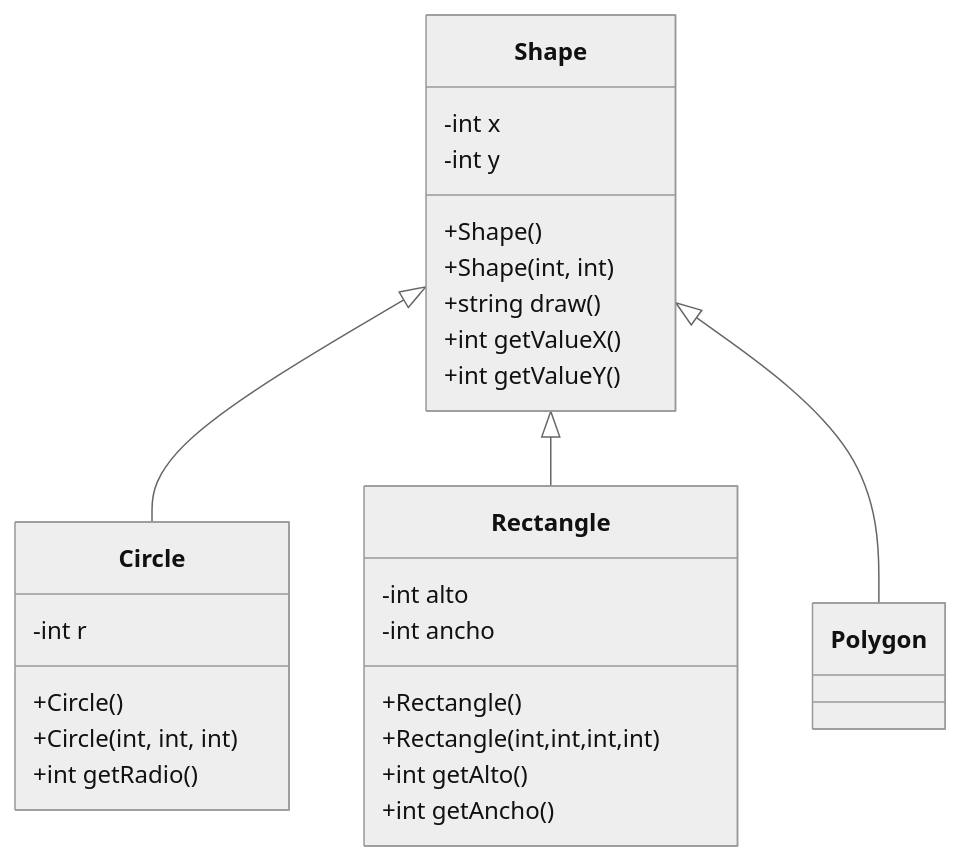
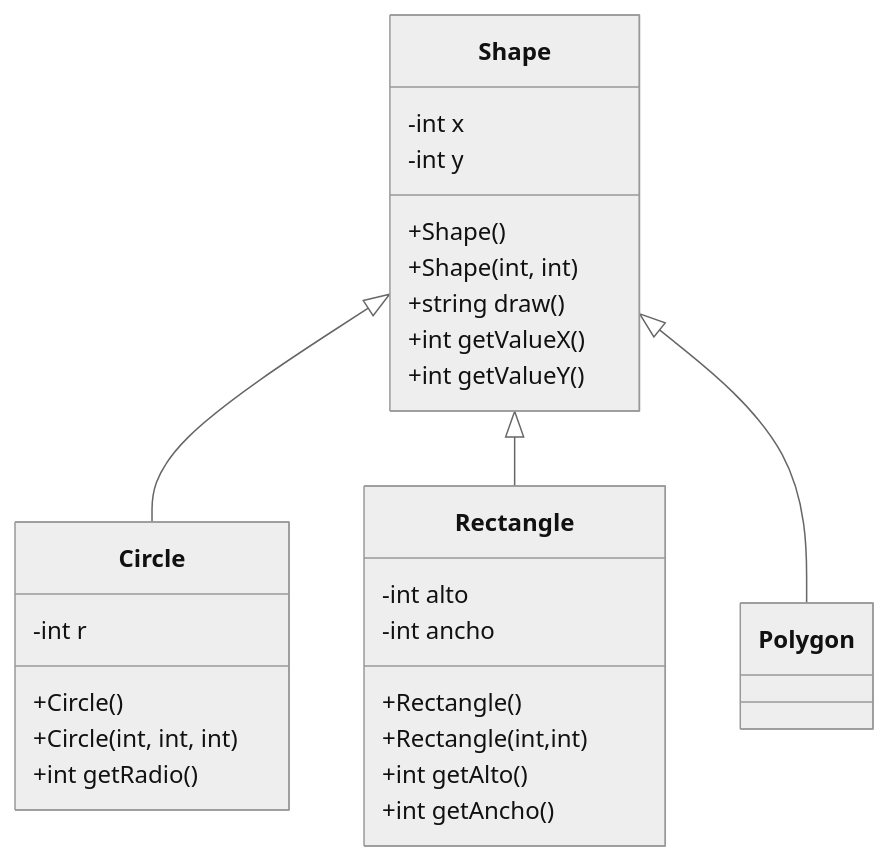
The first of 2 diagrams in assignments/01-ShapeCircleRectanglePolygon/README.md (PedroMorenoTec/TC1030.cpp.herencia), drawn with Mermaid (neutral theme) before and after one commit.

````diff
--- a/assignments/01-ShapeCircleRectanglePolygon/README.md
+++ b/assignments/01-ShapeCircleRectanglePolygon/README.md
@@ -5,31 +5,31 @@
 ```mermaid
 classDiagram
       Shape <|-- Circle
       Shape <|-- Rectangle
       Shape <|-- Polygon
       Shape:-int x
       Shape:-int y
       Shape:+Shape()
       Shape:+Shape(int, int)
       Shape:+string draw()
       Shape:+int getValueX()
       Shape:+int getValueY()
       class Circle {
         -int r
         +Circle()
         +Circle(int, int, int)
         +int getRadio()
       }
       class Rectangle {  
         -int alto 
         -int ancho
         +Rectangle() 
-        +Rectangle(int,int,int,int)
+        +Rectangle(int,int)
         +int getAlto() 
         +int getAncho() 
       }
       class Polygon {
       }
         
 
 ```
````
